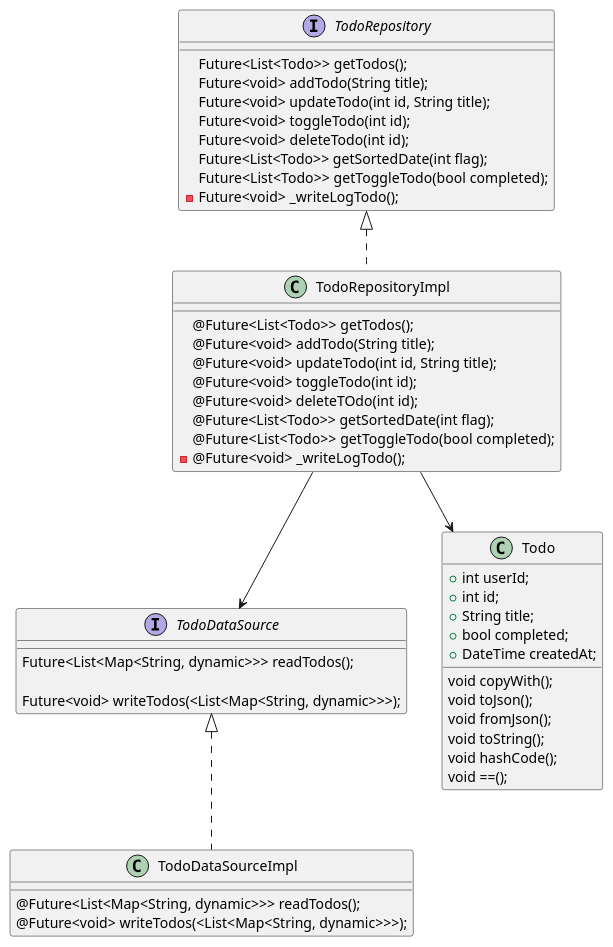
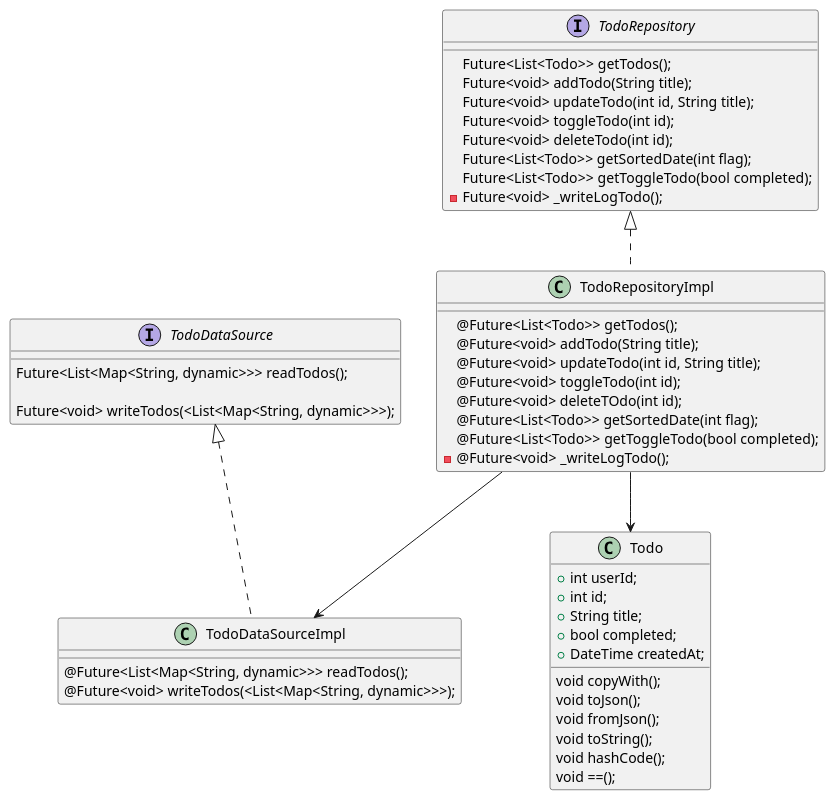
One commit to cho1taeho/modu-3-dart-todo-app changed the diagram in lib/todo.puml. Above: the diagram before and after it, drawn with PlantUML. The commit also changed 4 other files, not shown here.

```diff
--- a/lib/todo.puml
+++ b/lib/todo.puml
@@ -1,60 +1,60 @@
 @startuml
 
 class TodoRepositoryImpl implements TodoRepository{
      @Future<List<Todo>> getTodos();
      @Future<void> addTodo(String title);
      @Future<void> updateTodo(int id, String title);
      @Future<void> toggleTodo(int id);
      @Future<void> deleteTOdo(int id);
      @Future<List<Todo>> getSortedDate(int flag);
      @Future<List<Todo>> getToggleTodo(bool completed);
      - @Future<void> _writeLogTodo();
 
 }
 
 interface TodoRepository {
     Future<List<Todo>> getTodos();
     Future<void> addTodo(String title);
     Future<void> updateTodo(int id, String title);
     Future<void> toggleTodo(int id);
     Future<void> deleteTodo(int id);
     Future<List<Todo>> getSortedDate(int flag);
     Future<List<Todo>> getToggleTodo(bool completed);
     - Future<void> _writeLogTodo();
 }
 
 
 
 class TodoDataSourceImpl implements TodoDataSource{
     @Future<List<Map<String, dynamic>>> readTodos();
 
 
     @Future<void> writeTodos(<List<Map<String, dynamic>>>);
 }
 
 
 interface TodoDataSource {
     Future<List<Map<String, dynamic>>> readTodos();
 
     Future<void> writeTodos(<List<Map<String, dynamic>>>);
 }
 
 class Todo {
     + int userId;
     + int id;
     + String title;
     + bool completed;
     + DateTime createdAt;
 
     void copyWith();
     void toJson();
     void fromJson();
     void toString();
     void hashCode();
     void ==();
 }
 
 TodoRepositoryImpl --> Todo
-TodoRepositoryImpl --> TodoDataSource
+TodoRepositoryImpl --> TodoDataSourceImpl
 
 @enduml
```
